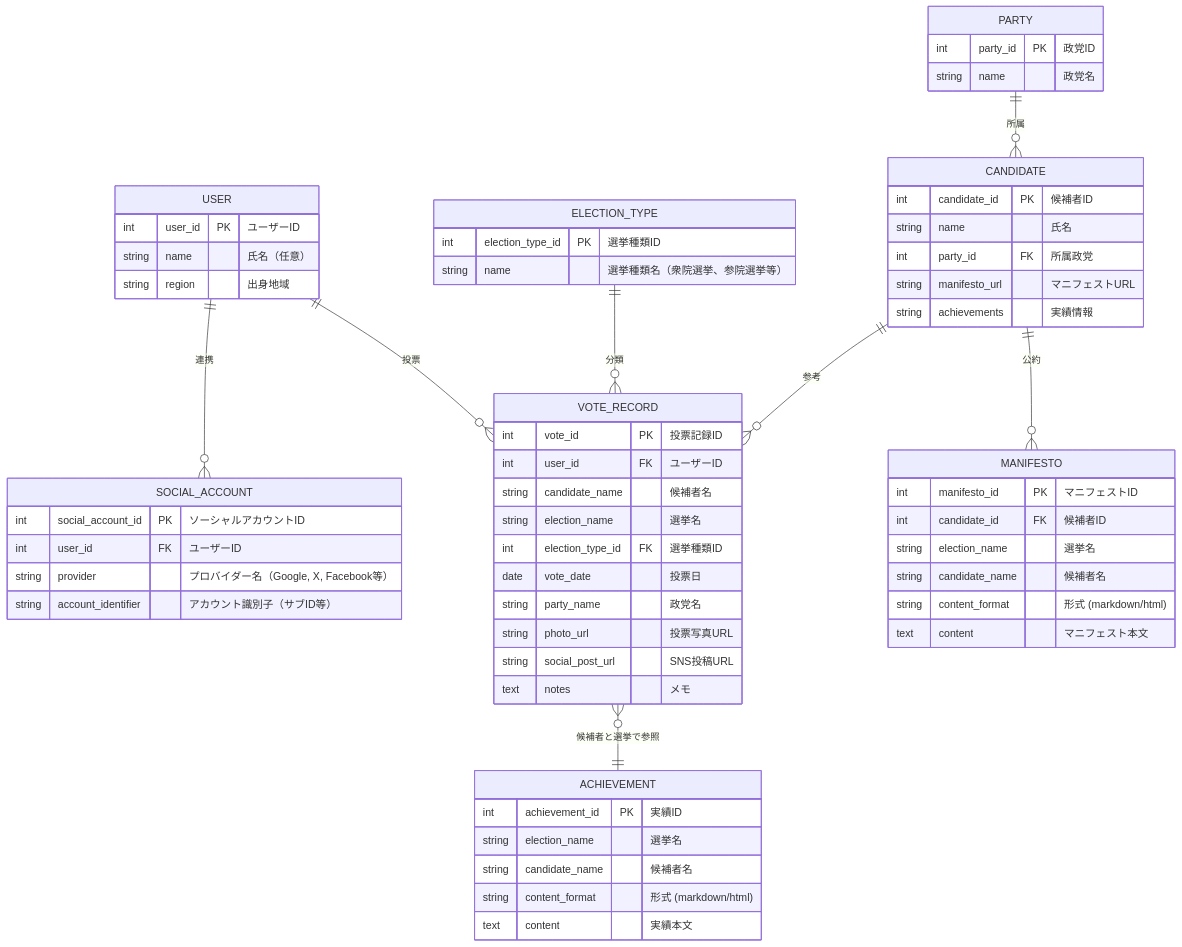
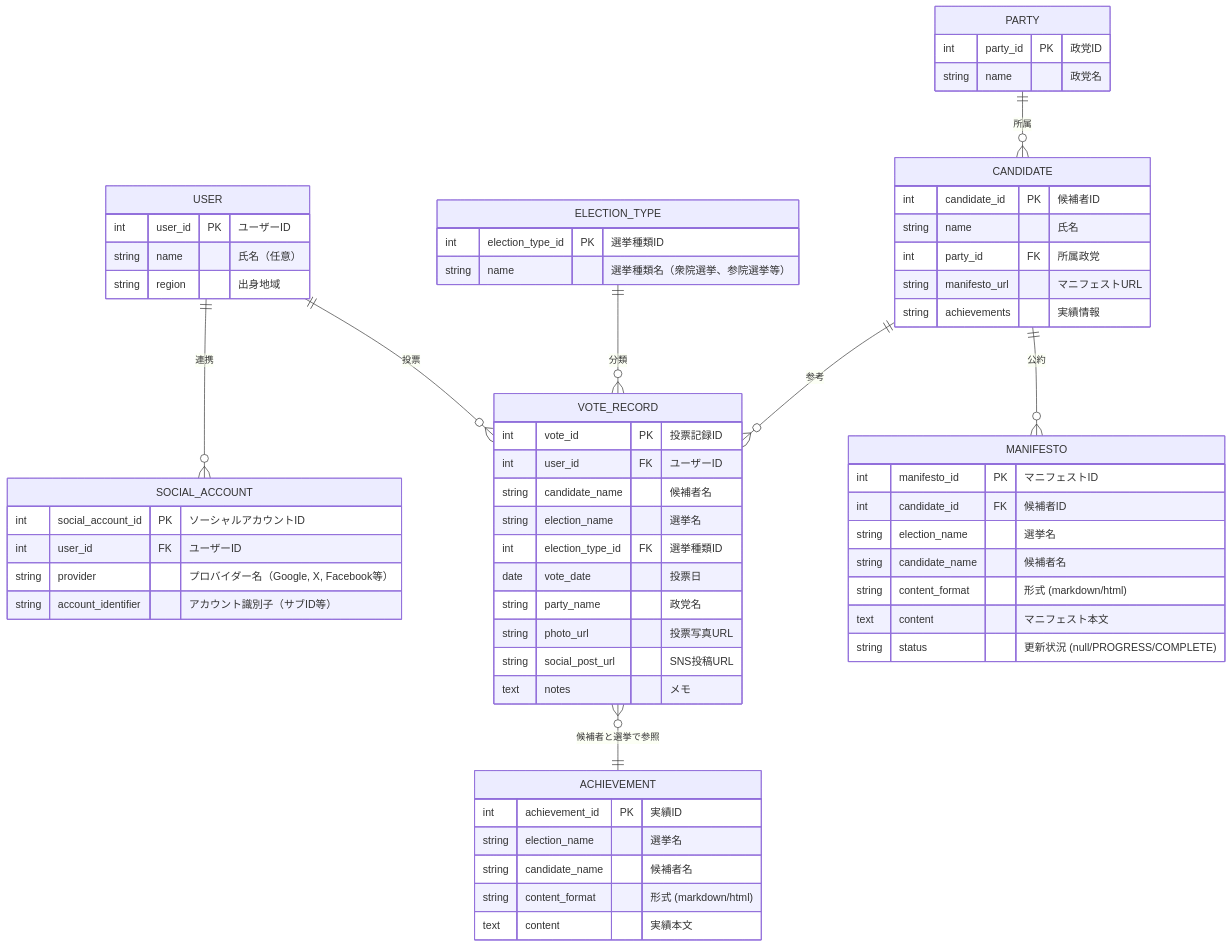
One commit to papettoTV/my-tohyo changed the diagram in doc/ER.md. Above: the diagram before and after it, drawn with Mermaid. The commit also changed other lines of this file and 6 other files, not shown here.

````diff
--- a/doc/ER.md
+++ b/doc/ER.md
@@ -5,64 +5,65 @@
 ```mermaid
 erDiagram
     USER {
         int user_id PK "ユーザーID"
         string name "氏名（任意）"
         string region "出身地域"
     }
     SOCIAL_ACCOUNT {
         int social_account_id PK "ソーシャルアカウントID"
         int user_id FK "ユーザーID"
         string provider "プロバイダー名（Google, X, Facebook等）"
         string account_identifier "アカウント識別子（サブID等）"
     }
     ELECTION_TYPE {
         int election_type_id PK "選挙種類ID"
         string name "選挙種類名（衆院選挙、参院選挙等）"
     }
     PARTY {
         int party_id PK "政党ID"
         string name "政党名"
     }
     CANDIDATE {
         int candidate_id PK "候補者ID"
         string name "氏名"
         int party_id FK "所属政党"
         string manifesto_url "マニフェストURL"
         string achievements "実績情報"
     }
     MANIFESTO {
         int manifesto_id PK "マニフェストID"
         int candidate_id FK "候補者ID"
         string election_name "選挙名"
         string candidate_name "候補者名"
         string content_format "形式 (markdown/html)"
         text content "マニフェスト本文"
+        string status "更新状況 (null/PROGRESS/COMPLETE)"
     }
     ACHIEVEMENT {
         int achievement_id PK "実績ID"
         string election_name "選挙名"
         string candidate_name "候補者名"
         string content_format "形式 (markdown/html)"
         text content "実績本文"
     }
     VOTE_RECORD {
         int vote_id PK "投票記録ID"
         int user_id FK "ユーザーID"
         string candidate_name "候補者名"
         string election_name "選挙名"
         int election_type_id FK "選挙種類ID"
         date vote_date "投票日"
         string party_name "政党名"
         string photo_url "投票写真URL"
         string social_post_url "SNS投稿URL"
         text notes "メモ"
     }
 
     USER ||--o{ SOCIAL_ACCOUNT : "連携"
     USER ||--o{ VOTE_RECORD : "投票"
     ELECTION_TYPE ||--o{ VOTE_RECORD : "分類"
     CANDIDATE ||--o{ VOTE_RECORD : "参考"
     CANDIDATE ||--o{ MANIFESTO : "公約"
     PARTY ||--o{ CANDIDATE : "所属"
     VOTE_RECORD }o--|| ACHIEVEMENT : "候補者と選挙で参照"
 ```
````
